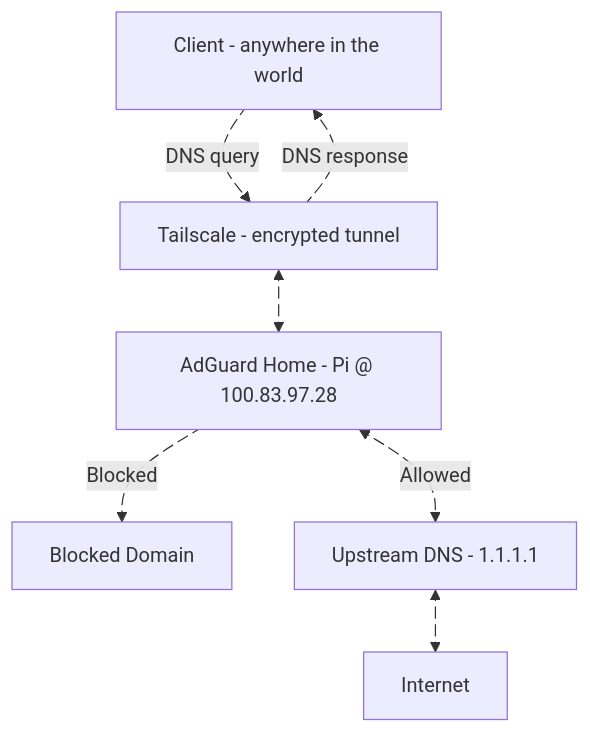
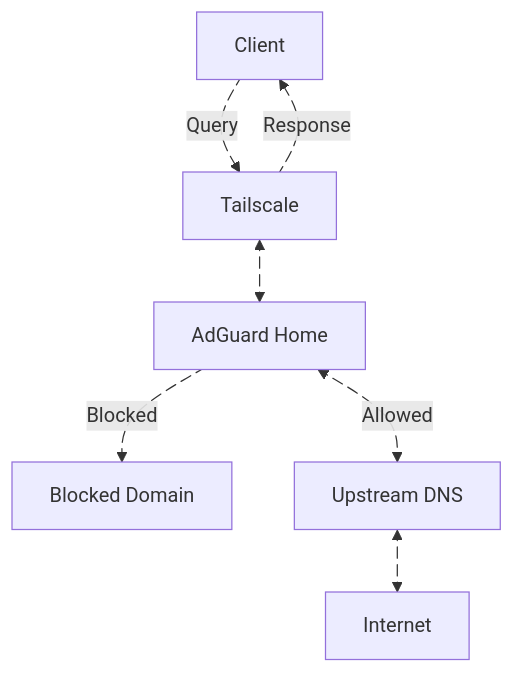
One commit to anav5704/anav.dev changed the diagram in src/content/blogs/how-i-block-ads-on-any-network-using-adguard-home-and-tailscale.mdx. Above: the diagram before and after it, drawn with Mermaid. The commit also changed 2 other files, not shown here.

Commit message:
content: add flowcharts to projects and posts

````diff
--- a/src/content/blogs/how-i-block-ads-on-any-network-using-adguard-home-and-tailscale.mdx
+++ b/src/content/blogs/how-i-block-ads-on-any-network-using-adguard-home-and-tailscale.mdx
@@ -35,23 +35,23 @@
 ```mermaid
 flowchart TD
-    A[Client - anywhere in the world]
-    B[Tailscale - encrypted tunnel]
-    C[AdGuard Home - Pi @ 100.83.97.28]
+    A[Client]
+    B[Tailscale]
+    C[AdGuard Home]
     D[Blocked Domain]
-    E[Upstream DNS - 1.1.1.1]
+    E[Upstream DNS]
     F[Internet]
 
-    A e1@-->|DNS query| B
+    A e1@-->|Query| B
     B e2@<--> C
     C e3@-->|Blocked| D
     C e4@<-->|Allowed| E
     E e5@<--> F
-    B e6@-->|DNS response| A
+    B e6@-->|Response| A
 
     e1@{ animation: slow }
     e2@{ animation: slow }
     e3@{ animation: slow }
     e4@{ animation: slow }
     e5@{ animation: slow }
     e6@{ animation: slow }
 ```
````
